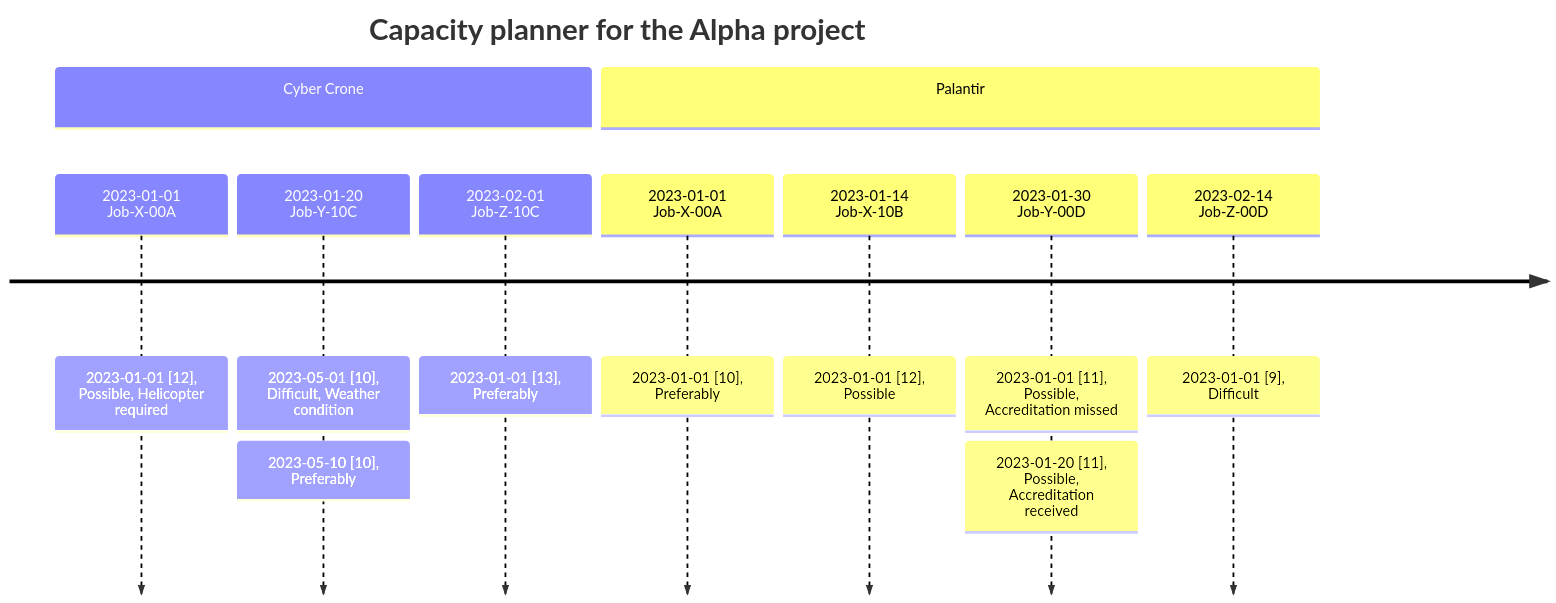
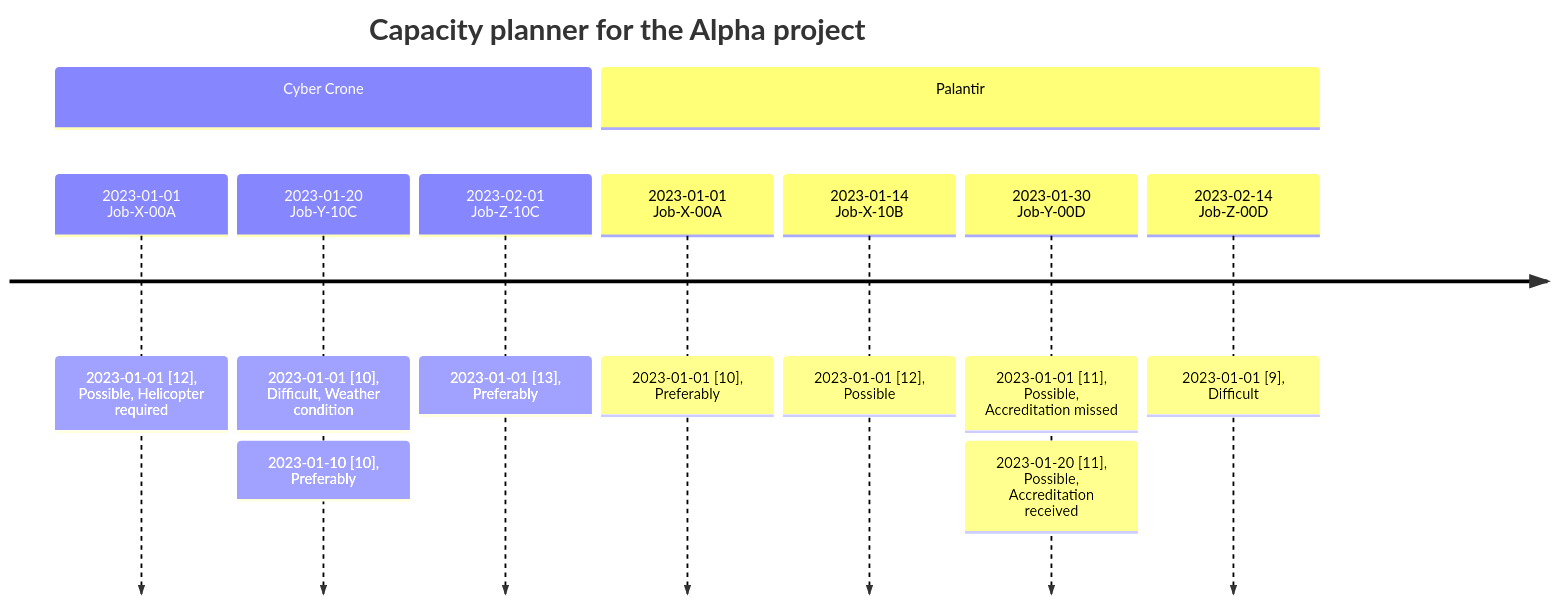
Before and after one commit to Odvin/poc-dmp-data-analysis: the diagram in documentation/infographics/C-01-capacity-01.mmd, drawn with Mermaid. The commit also changed 14 other files, not shown here.

```diff
--- a/documentation/infographics/C-01-capacity-01.mmd
+++ b/documentation/infographics/C-01-capacity-01.mmd
@@ -1,11 +1,11 @@
 timeline
   title Capacity planner for the Alpha project
   section Cyber Crone
     2023-01-01 Job-X-00A : 2023-01-01 [12], Possible, Helicopter required
-    2023-01-20 Job-Y-10C: 2023-05-01 [10], Difficult, Weather condition : 2023-05-10 [10], Preferably
+    2023-01-20 Job-Y-10C: 2023-01-01 [10], Difficult, Weather condition : 2023-01-10 [10], Preferably
     2023-02-01 Job-Z-10C : 2023-01-01 [13], Preferably
   section Palantir
     2023-01-01 Job-X-00A : 2023-01-01 [10], Preferably
     2023-01-14 Job-X-10B : 2023-01-01 [12], Possible
     2023-01-30 Job-Y-00D : 2023-01-01 [11], Possible, Accreditation missed : 2023-01-20 [11], Possible, Accreditation received
     2023-02-14 Job-Z-00D : 2023-01-01 [9],  Difficult
```
